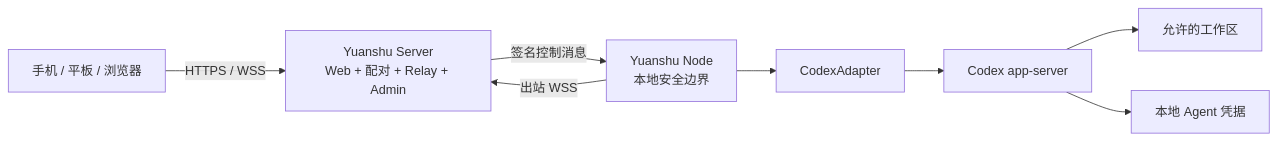
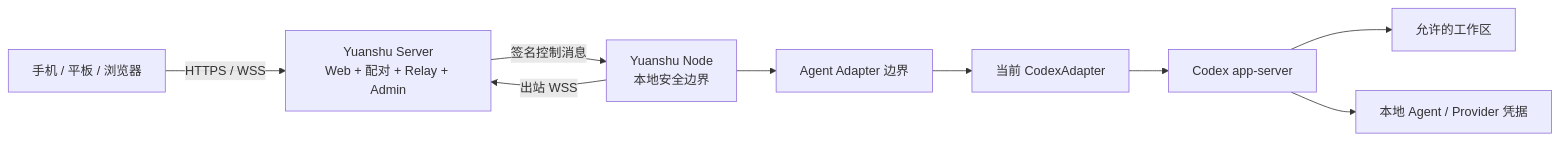
The diagram in README.zh-CN.md (yuanshu-ai/yuanshu), drawn with Mermaid before and after one commit. The commit also changed other lines of this file and 5 other files, not shown here.

Commit message:
docs: clarify codex-first agent platform direction

````diff
--- a/README.zh-CN.md
+++ b/README.zh-CN.md
@@ -124,10 +127,11 @@
 ```mermaid
 flowchart LR
     Client["手机 / 平板 / 浏览器"] -->|"HTTPS / WSS"| Server["Yuanshu Server<br/>Web + 配对 + Relay + Admin"]
     Node["Yuanshu Node<br/>本地安全边界"] -->|"出站 WSS"| Server
     Server -->|"签名控制消息"| Node
-    Node --> Adapter["CodexAdapter"]
-    Adapter --> Codex["Codex app-server"]
-    Codex --> Workspace["允许的工作区"]
-    Codex --> Credentials["本地 Agent 凭据"]
+    Node --> Registry["Agent Adapter 边界"]
+    Registry --> Adapter["当前 CodexAdapter"]
+    Adapter --> Runtime["Codex app-server"]
+    Runtime --> Workspace["允许的工作区"]
+    Runtime --> Credentials["本地 Agent / Provider 凭据"]
 ```
````
